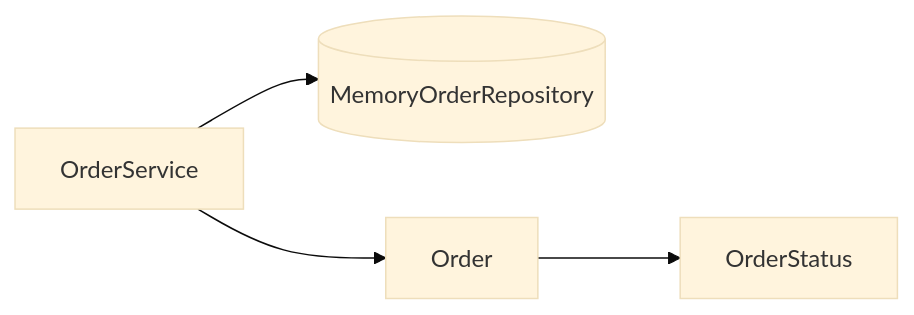
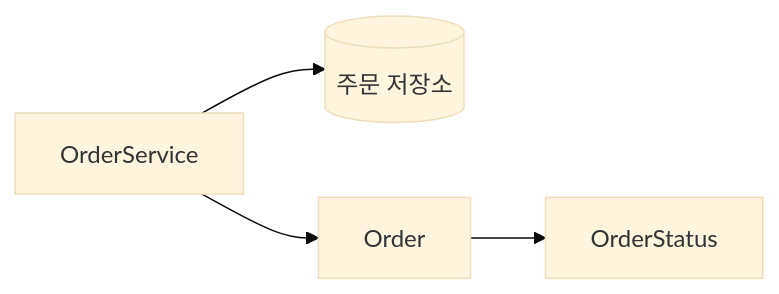
The fourth of 5 diagrams in .projectcode/wiki/scenarios.md (busan-bank-2026/ddd-example), drawn with Mermaid (base theme) before and after one commit. The commit also changed other lines of this file and 6 other files, not shown here.

````diff
--- a/.projectcode/wiki/scenarios.md
+++ b/.projectcode/wiki/scenarios.md
@@ -87,6 +72,6 @@
 ```mermaid
 flowchart LR
-  A[OrderService] --> B[(MemoryOrderRepository)]
+  A[OrderService] --> B[(주문 저장소)]
   A --> C[Order]
   C --> D[OrderStatus]
 ```
````
